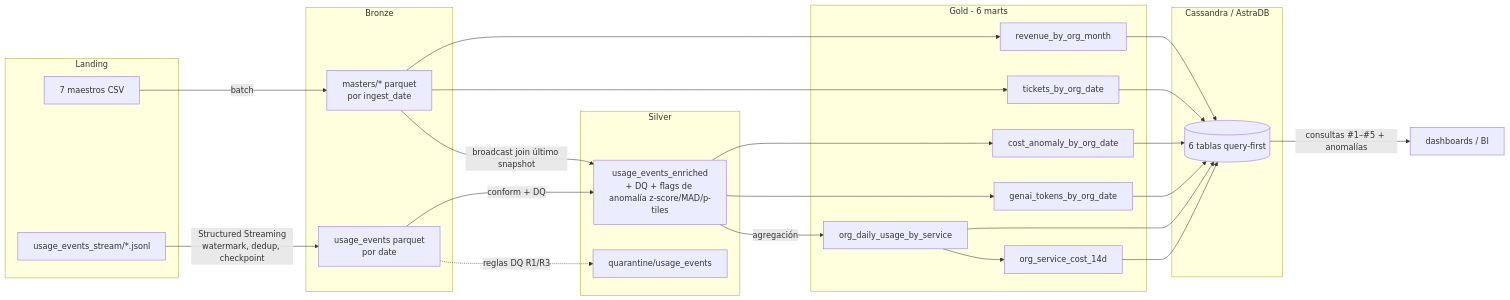
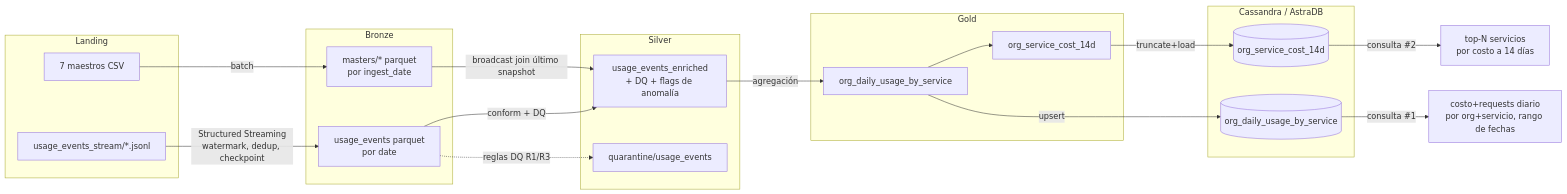
Before and after one commit to PakiQuian/tpe_big_data_2026: the diagram in segundo-parcial/README.md, drawn with Mermaid. The commit also changed other lines of this file and 161 other files, not shown here.

````diff
--- a/segundo-parcial/README.md
+++ b/segundo-parcial/README.md
@@ -41,44 +41,34 @@
 ```mermaid
 flowchart LR
     subgraph Landing
       CSV[7 maestros CSV]
       JSONL[usage_events_stream/*.jsonl]
     end
     subgraph Bronze
       BM[masters/* parquet<br/>por ingest_date]
       BE[usage_events parquet<br/>por date]
     end
     subgraph Silver
-      SE[usage_events_enriched<br/>+ DQ + flags de anomalía z-score/MAD/p-tiles]
+      SE[usage_events_enriched<br/>+ DQ + flags de anomalía]
       Q[quarantine/usage_events]
     end
-    subgraph Gold[Gold - 6 marts]
+    subgraph Gold
       GD[org_daily_usage_by_service]
       G14[org_service_cost_14d]
-      GT[tickets_by_org_date]
-      GR[revenue_by_org_month]
-      GG[genai_tokens_by_org_date]
-      GA[cost_anomaly_by_org_date]
     end
     subgraph Serving[Cassandra / AstraDB]
-      T[(6 tablas query-first)]
+      T1[(org_daily_usage_by_service)]
+      T2[(org_service_cost_14d)]
     end
 
     CSV -->|batch| BM
     JSONL -->|Structured Streaming<br/>watermark, dedup, checkpoint| BE
     BE -.->|reglas DQ R1/R3| Q
     BE -->|conform + DQ| SE
     BM -->|broadcast join último snapshot| SE
     SE -->|agregación| GD --> G14
-    SE --> GG
-    SE --> GA
-    BM --> GT
-    BM --> GR
-    GD --> T
-    G14 --> T
-    GT --> T
-    GR --> T
-    GG --> T
-    GA --> T
-    T -->|consultas #1–#5 + anomalías| R[dashboards / BI]
+    GD -->|upsert| T1
+    G14 -->|truncate+load| T2
+    T1 -->|consulta #1| R1[costo+requests diario<br/>por org+servicio, rango de fechas]
+    T2 -->|consulta #2| R2[top-N servicios<br/>por costo a 14 días]
 ```
````
